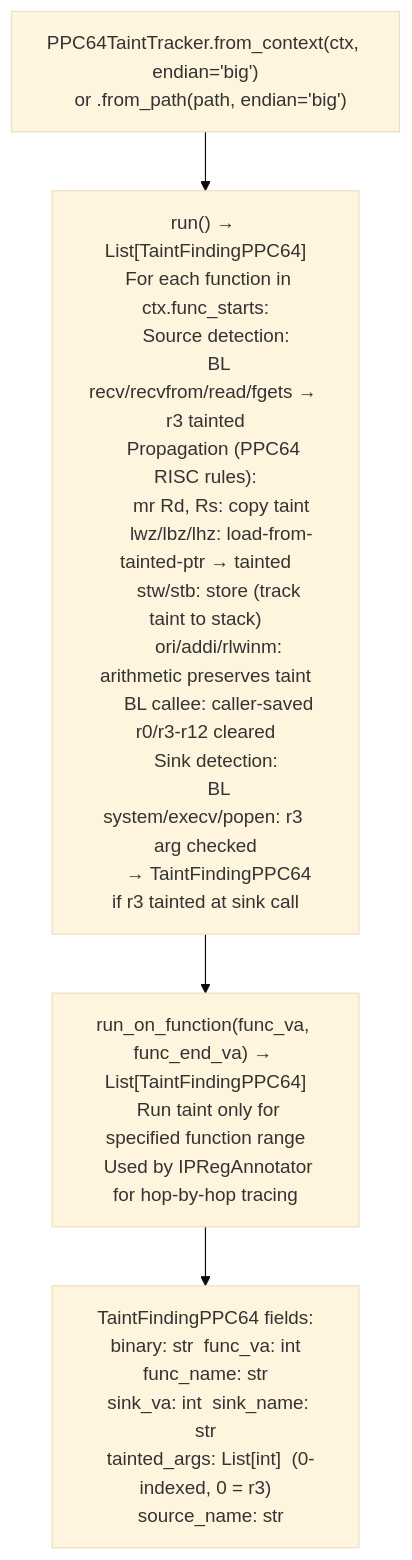
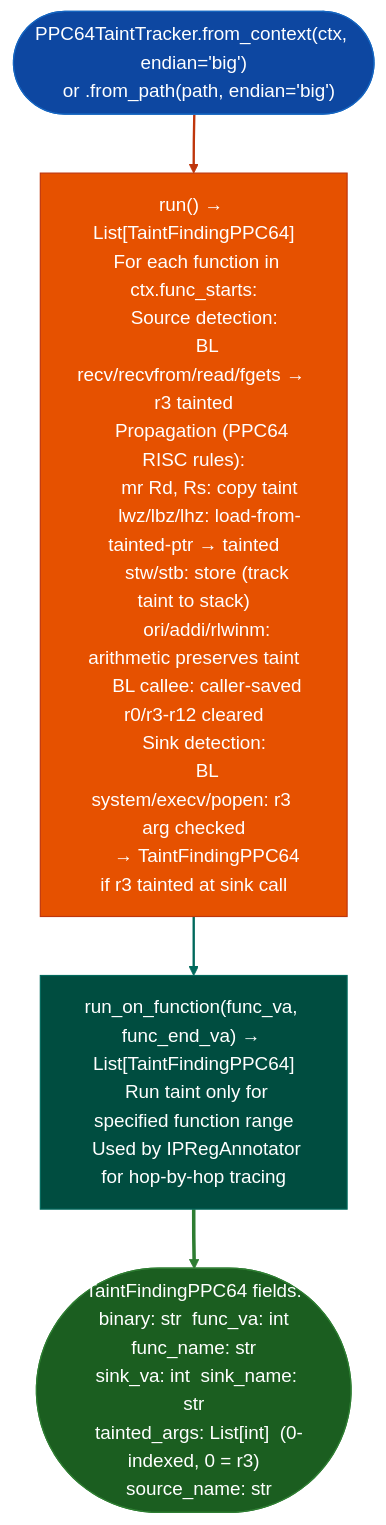
The diagram in docs/reference-modules/ppc64-taint-analysis.md (Ablation-Tool/ablation), drawn with Mermaid (base theme) before and after one commit. The commit also changed 320 other files, not shown here.

First line of the commit message:
docs: apply canonical Mermaid template to all 321 diagrams

````diff
--- a/docs/reference-modules/ppc64-taint-analysis.md
+++ b/docs/reference-modules/ppc64-taint-analysis.md
@@ -19,6 +19,15 @@
 ```mermaid
 flowchart TD
-    A["PPC64TaintTracker.from_context(ctx, endian='big')\n  or .from_path(path, endian='big')"] --> B["run() → List[TaintFindingPPC64]\n  For each function in ctx.func_starts:\n    Source detection:\n      BL recv/recvfrom/read/fgets → r3 tainted\n    Propagation (PPC64 RISC rules):\n      mr Rd, Rs: copy taint\n      lwz/lbz/lhz: load-from-tainted-ptr → tainted\n      stw/stb: store (track taint to stack)\n      ori/addi/rlwinm: arithmetic preserves taint\n      BL callee: caller-saved r0/r3-r12 cleared\n    Sink detection:\n      BL system/execv/popen: r3 arg checked\n      → TaintFindingPPC64 if r3 tainted at sink call"]
-    B --> C["run_on_function(func_va, func_end_va) → List[TaintFindingPPC64]\n  Run taint only for specified function range\n  Used by IPRegAnnotator for hop-by-hop tracing"]
-    C --> D["TaintFindingPPC64 fields:\n  binary: str  func_va: int  func_name: str\n  sink_va: int  sink_name: str\n  tainted_args: List[int]  (0-indexed, 0 = r3)\n  source_name: str"]
+    A(["PPC64TaintTracker.from_context(ctx, endian='big')\n  or .from_path(path, endian='big')"]):::input --> B["run() → List[TaintFindingPPC64]\n  For each function in ctx.func_starts:\n    Source detection:\n      BL recv/recvfrom/read/fgets → r3 tainted\n    Propagation (PPC64 RISC rules):\n      mr Rd, Rs: copy taint\n      lwz/lbz/lhz: load-from-tainted-ptr → tainted\n      stw/stb: store (track taint to stack)\n      ori/addi/rlwinm: arithmetic preserves taint\n      BL callee: caller-saved r0/r3-r12 cleared\n    Sink detection:\n      BL system/execv/popen: r3 arg checked\n      → TaintFindingPPC64 if r3 tainted at sink call"]:::primary
+    B:::primary --> C["run_on_function(func_va, func_end_va) → List[TaintFindingPPC64]\n  Run taint only for specified function range\n  Used by IPRegAnnotator for hop-by-hop tracing"]:::secondary
+    C:::secondary --> D(["TaintFindingPPC64 fields:\n  binary: str  func_va: int  func_name: str\n  sink_va: int  sink_name: str\n  tainted_args: List[int]  (0-indexed, 0 = r3)\n  source_name: str"]):::output
+    classDef input     fill:#0d47a1,stroke:#1565c0,color:#fff
+    classDef primary   fill:#e65100,stroke:#bf360c,color:#fff
+    classDef secondary fill:#004d40,stroke:#00695c,color:#fff
+    classDef tertiary  fill:#4a148c,stroke:#6a1b9a,color:#fff
+    classDef neutral   fill:#37474f,stroke:#546e7a,color:#fff
+    classDef output    fill:#1b5e20,stroke:#2e7d32,color:#fff
+    linkStyle 0 stroke:#bf360c,stroke-width:2px
+    linkStyle 1 stroke:#00695c,stroke-width:2px
+    linkStyle 2 stroke:#2e7d32,stroke-width:3px
 ```
````
